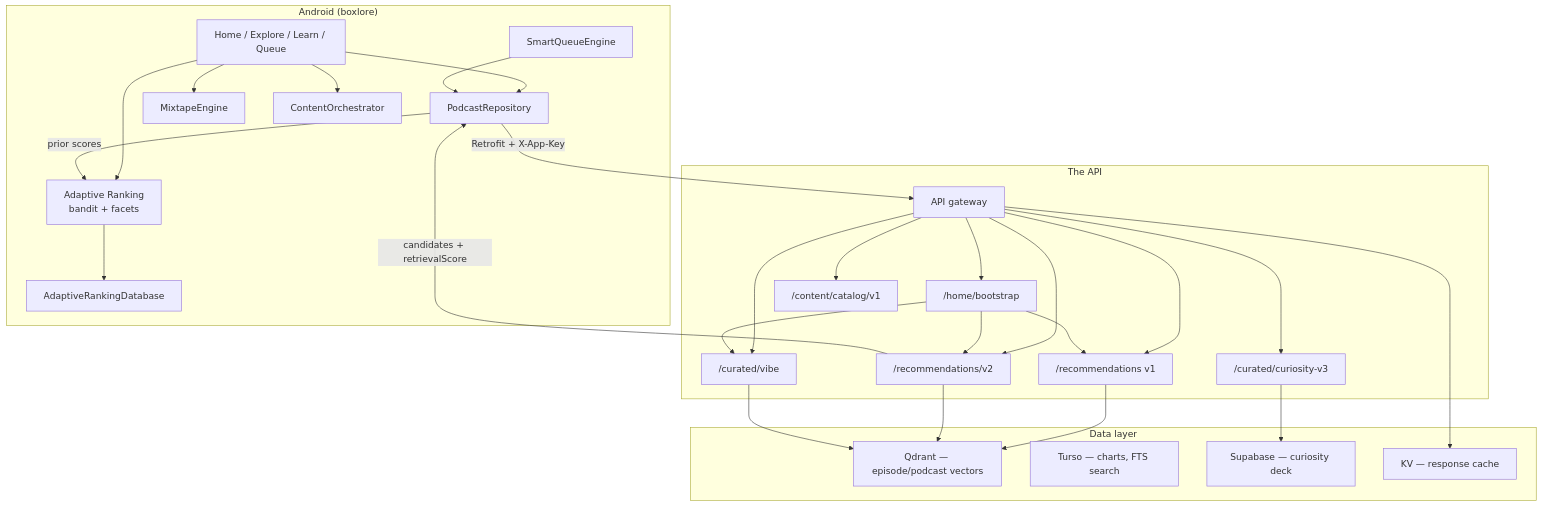
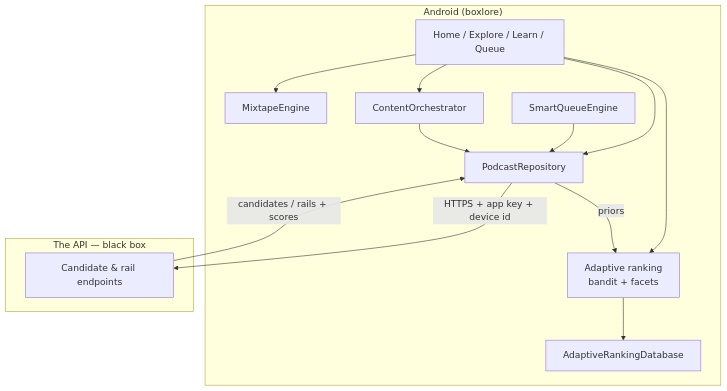
The eighth of 12 diagrams in docs/recommendation-system.md (ashwkun/box.lore.android), drawn with Mermaid before and after one commit. The commit also changed other lines of this file, not shown here.

First line of the commit message:
docs: rewrite personalization guide with rails and diagrams

````diff
--- a/docs/recommendation-system.md
+++ b/docs/recommendation-system.md
@@ -70,44 +247,26 @@
 ```mermaid
 flowchart TB
     subgraph Client["Android (boxlore)"]
         UI["Home / Explore / Learn / Queue"]
         PR["PodcastRepository"]
-        AR["Adaptive Ranking<br/>bandit + facets"]
+        AR["Adaptive ranking<br/>bandit + facets"]
         ME["MixtapeEngine"]
         SQ["SmartQueueEngine"]
         CO["ContentOrchestrator"]
         UI --> PR
         UI --> AR
         UI --> ME
         UI --> CO
         SQ --> PR
         AR --> Room["AdaptiveRankingDatabase"]
+        CO --> PR
     end
 
-    subgraph Api["The API"]
-        API["API gateway"]
-        R1["/recommendations v1"]
-        R2["/recommendations/v2"]
-        BOOT["/home/bootstrap"]
-        CAT["/content/catalog/v1"]
-        VIBE["/curated/vibe"]
-        CUR["/curated/curiosity-v3"]
-        API --> R1 & R2 & BOOT & CAT & VIBE & CUR
+    subgraph Api["The API — black box"]
+        EP["Candidate & rail endpoints"]
     end
 
-    subgraph Data["Data layer"]
-        QD["Qdrant — episode/podcast vectors"]
-        TS["Turso — charts, FTS search"]
-        SB["Supabase — curiosity deck"]
-        KV["KV — response cache"]
-    end
-
-    PR -->|Retrofit + X-App-Key| API
-    R1 & R2 --> QD
-    BOOT --> R1 & R2 & VIBE
-    VIBE --> QD
-    CUR --> SB
-    API --> KV
-    R2 -->|candidates + retrievalScore| PR
-    PR -->|prior scores| AR
+    PR -->|"HTTPS + app key + device id"| EP
+    EP -->|"candidates / rails + scores"| PR
+    PR -->|"priors"| AR
 ```
````
